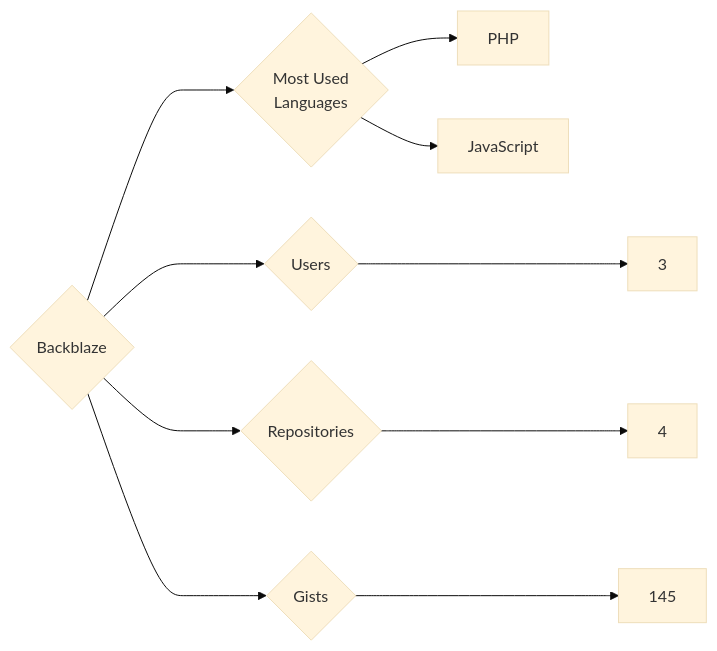
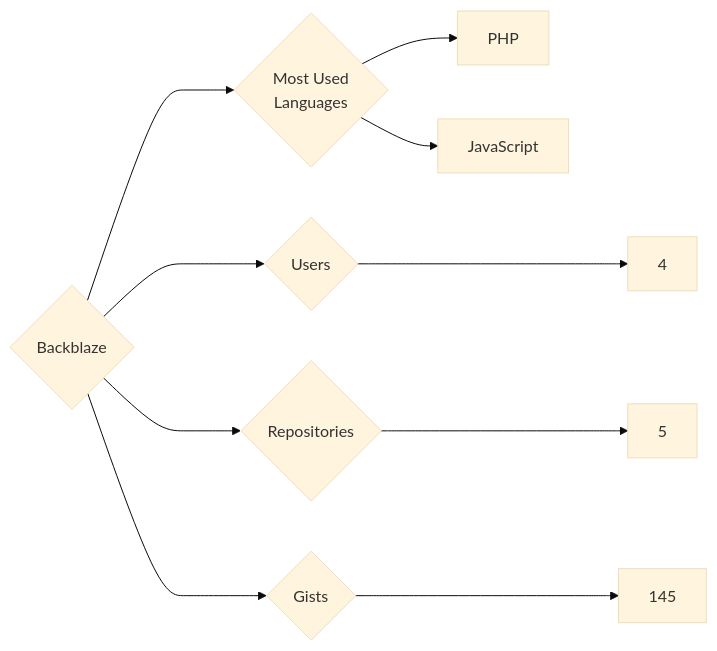
Before and after one commit to trickest/insiders: the diagram in targets/Backblaze/README.md, drawn with Mermaid (base theme). The commit also changed 997 other files, not shown here.

````diff
--- a/targets/Backblaze/README.md
+++ b/targets/Backblaze/README.md
@@ -3,10 +3,10 @@
 ```mermaid
 graph LR
 COMPANY_NAME{Backblaze}
-COMPANY_NAME ---> U{Users} ---> UN[3]
-COMPANY_NAME ---> R{Repositories} ---> RN[4]
+COMPANY_NAME ---> U{Users} ---> UN[4]
+COMPANY_NAME ---> R{Repositories} ---> RN[5]
 COMPANY_NAME ---> G{Gists} ---> GN[145]
 COMPANY_NAME ---> ML{Most Used<br>Languages}
 ML --> PHP[PHP]
 ML --> JavaScript[JavaScript]
 ```
````
